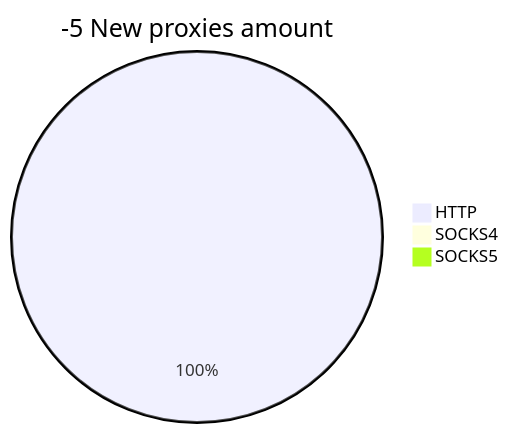
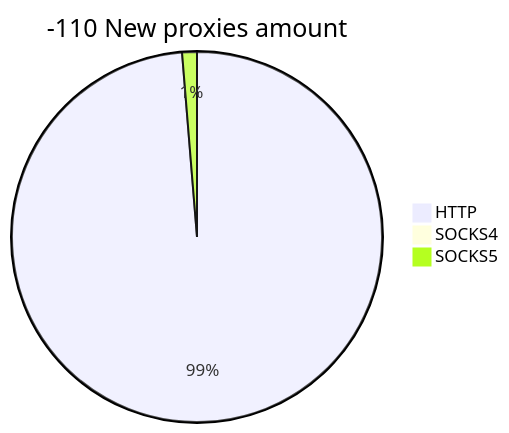
Before and after one commit to cutipu/proxylist: the second of 2 diagrams in README.md, drawn with Mermaid. The commit also changed other lines of this file, not shown here.

````diff
--- a/README.md
+++ b/README.md
@@ -10,6 +10,6 @@
 ```mermaid
-pie title -5 New proxies amount
-    "HTTP" : 1
+pie title -110 New proxies amount
+    "HTTP" : 536
     "SOCKS4" : 0
-    "SOCKS5" : 0
+    "SOCKS5" : 7
 ```
````
